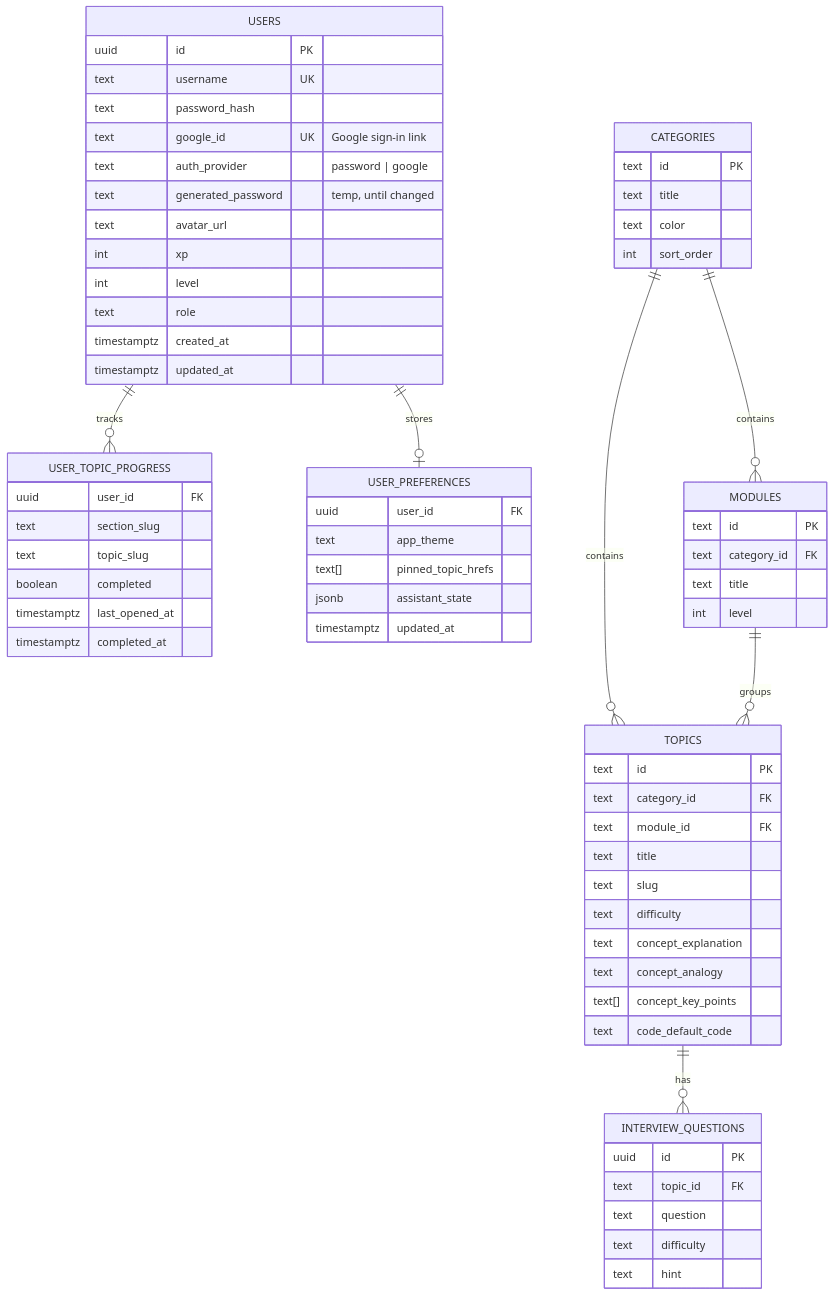
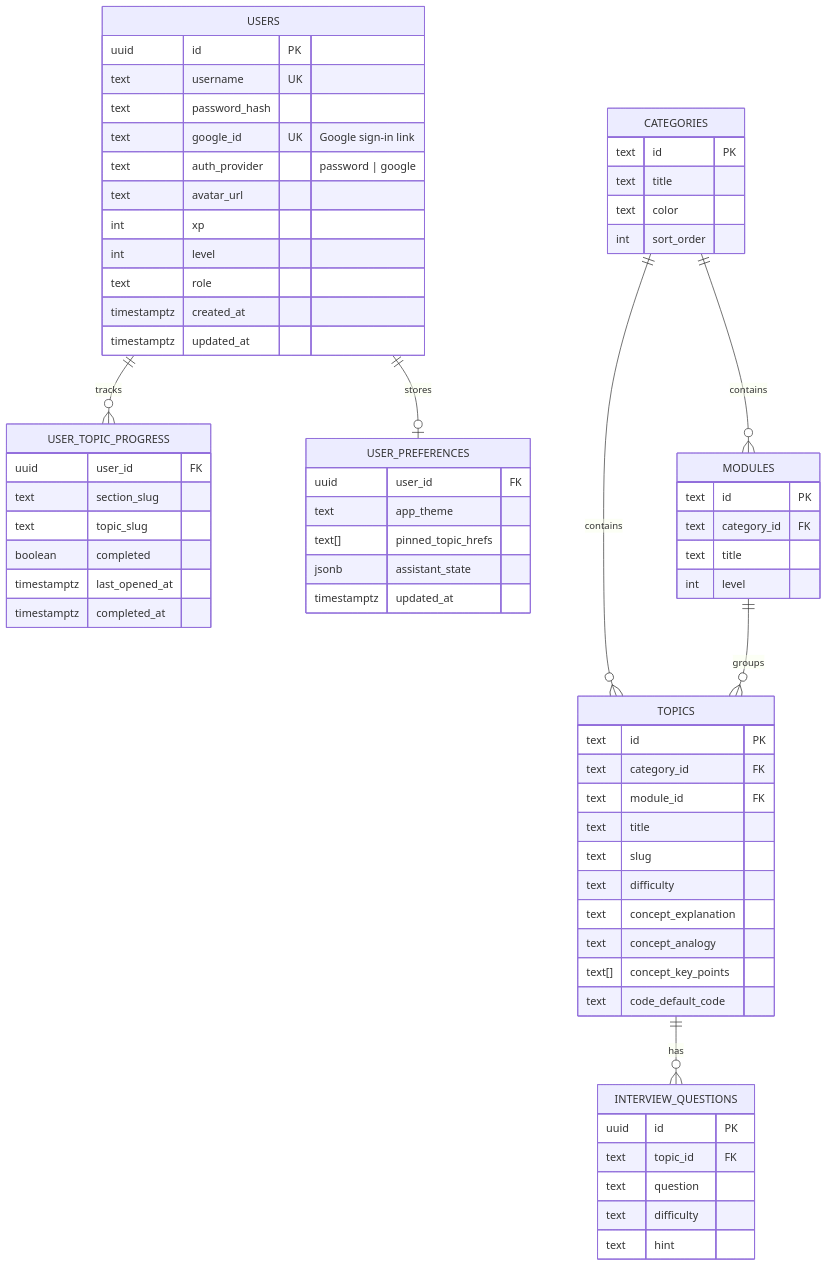
Before and after one commit to sangisapusaiteja/InterviewHandbook: the fourth of 4 diagrams in README.md, drawn with Mermaid. The commit also changed 8 other files, not shown here.

````diff
--- a/README.md
+++ b/README.md
@@ -163,76 +163,75 @@
 ```mermaid
 erDiagram
     USERS {
         uuid id PK
         text username UK
         text password_hash
         text google_id UK "Google sign-in link"
         text auth_provider "password | google"
-        text generated_password "temp, until changed"
         text avatar_url
         int xp
         int level
         text role
         timestamptz created_at
         timestamptz updated_at
     }
 
     USER_TOPIC_PROGRESS {
         uuid user_id FK
         text section_slug
         text topic_slug
         boolean completed
         timestamptz last_opened_at
         timestamptz completed_at
     }
 
     USER_PREFERENCES {
         uuid user_id FK
         text app_theme
         text[] pinned_topic_hrefs
         jsonb assistant_state
         timestamptz updated_at
     }
 
     CATEGORIES {
         text id PK
         text title
         text color
         int sort_order
     }
 
     MODULES {
         text id PK
         text category_id FK
         text title
         int level
     }
 
     TOPICS {
         text id PK
         text category_id FK
         text module_id FK
         text title
         text slug
         text difficulty
         text concept_explanation
         text concept_analogy
         text[] concept_key_points
         text code_default_code
     }
 
     INTERVIEW_QUESTIONS {
         uuid id PK
         text topic_id FK
         text question
         text difficulty
         text hint
     }
 
     USERS ||--o{ USER_TOPIC_PROGRESS : "tracks"
     USERS ||--o| USER_PREFERENCES : "stores"
     CATEGORIES ||--o{ MODULES : "contains"
     CATEGORIES ||--o{ TOPICS : "contains"
     MODULES ||--o{ TOPICS : "groups"
     TOPICS ||--o{ INTERVIEW_QUESTIONS : "has"
 ```
````
